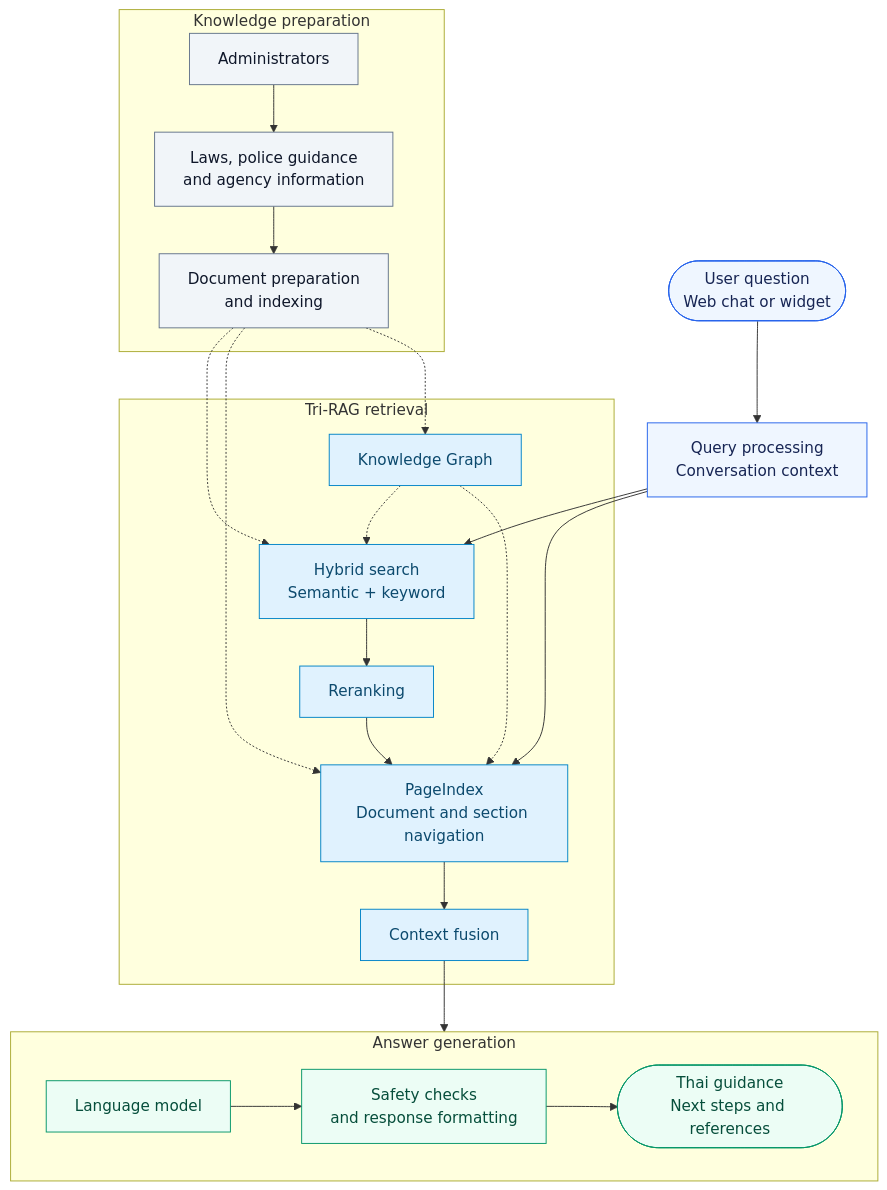
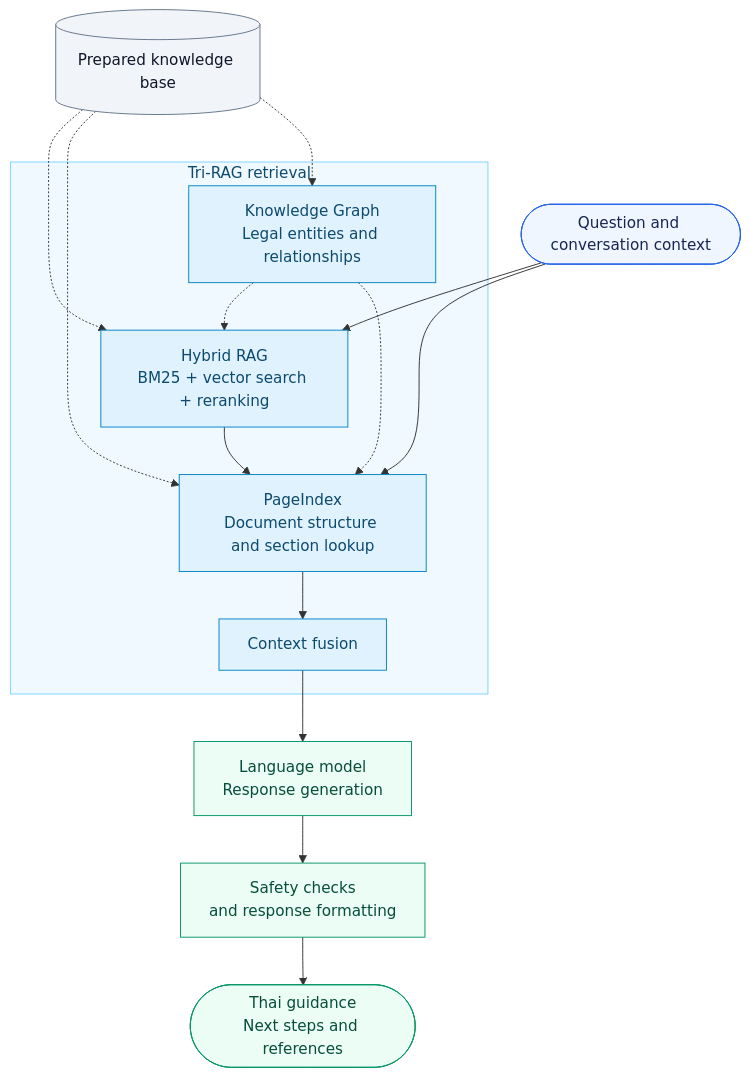
The second of 2 diagrams in README.md (scott-kj/CIBBot), drawn with Mermaid before and after one commit. The commit also changed other lines of this file, not shown here.

Commit message:
Expand the architecture around the report's system framework

````diff
--- a/README.md
+++ b/README.md
@@ -38,39 +123,36 @@
 ```mermaid
 flowchart TB
-    U(["User question<br/>Web chat or widget"]) --> Q["Query processing<br/>Conversation context"]
+    Q(["Question and conversation context"])
+    KB[("Prepared knowledge base")]
 
-    subgraph KB["Knowledge preparation"]
-        A["Administrators"] --> D["Laws, police guidance<br/>and agency information"]
-        D --> I["Document preparation<br/>and indexing"]
-    end
-
-    subgraph RAG["Tri-RAG retrieval"]
-        H["Hybrid search<br/>Semantic + keyword"] --> R["Reranking"]
-        R --> P["PageIndex<br/>Document and section navigation"]
-        P --> C["Context fusion"]
-        K["Knowledge Graph"] -.-> H
-        K -.-> P
+    subgraph RET["Tri-RAG retrieval"]
+        KG["Knowledge Graph<br/>Legal entities and relationships"]
+        H["Hybrid RAG<br/>BM25 + vector search + reranking"]
+        P["PageIndex<br/>Document structure and section lookup"]
+        C["Context fusion"]
+        H --> P --> C
+        KG -.-> H
+        KG -.-> P
     end
 
     Q --> H
     Q --> P
-    I -.-> H
-    I -.-> P
-    I -.-> K
+    KB -.-> H
+    KB -.-> P
+    KB -.-> KG
 
-    subgraph GEN["Answer generation"]
-        L["Language model"] --> S["Safety checks<br/>and response formatting"]
-        S --> O(["Thai guidance<br/>Next steps and references"])
-    end
+    L["Language model<br/>Response generation"] --> S["Safety checks<br/>and response formatting"]
+    S --> R(["Thai guidance<br/>Next steps and references"])
 
-    C --> GEN
+    C --> L
 
-    classDef entry fill:#eff6ff,stroke:#2563eb,color:#172554;
+    classDef query fill:#eff6ff,stroke:#2563eb,color:#172554;
     classDef knowledge fill:#f1f5f9,stroke:#64748b,color:#0f172a;
     classDef retrieval fill:#e0f2fe,stroke:#0284c7,color:#0c4a6e;
     classDef answer fill:#ecfdf5,stroke:#059669,color:#064e3b;
-    class U,Q entry;
-    class A,D,I knowledge;
-    class H,R,P,C,K retrieval;
-    class L,S,O answer;
+    class Q query;
+    class KB knowledge;
+    class KG,H,P,C retrieval;
+    class L,S,R answer;
+    style RET fill:#f0f9ff,stroke:#7dd3fc,color:#0c4a6e
 ```
````
